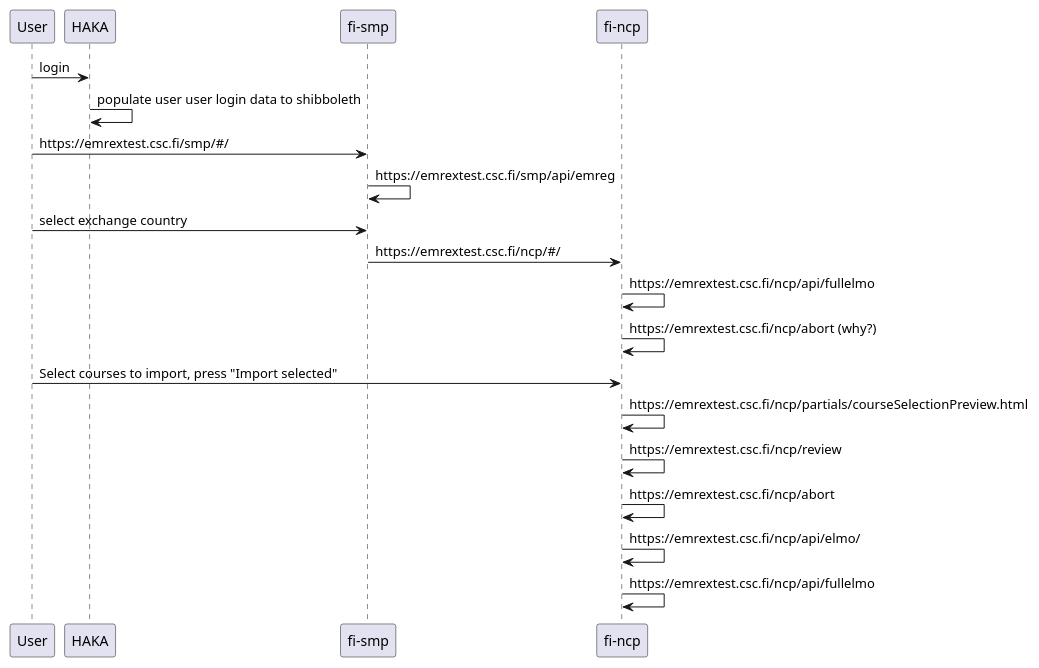
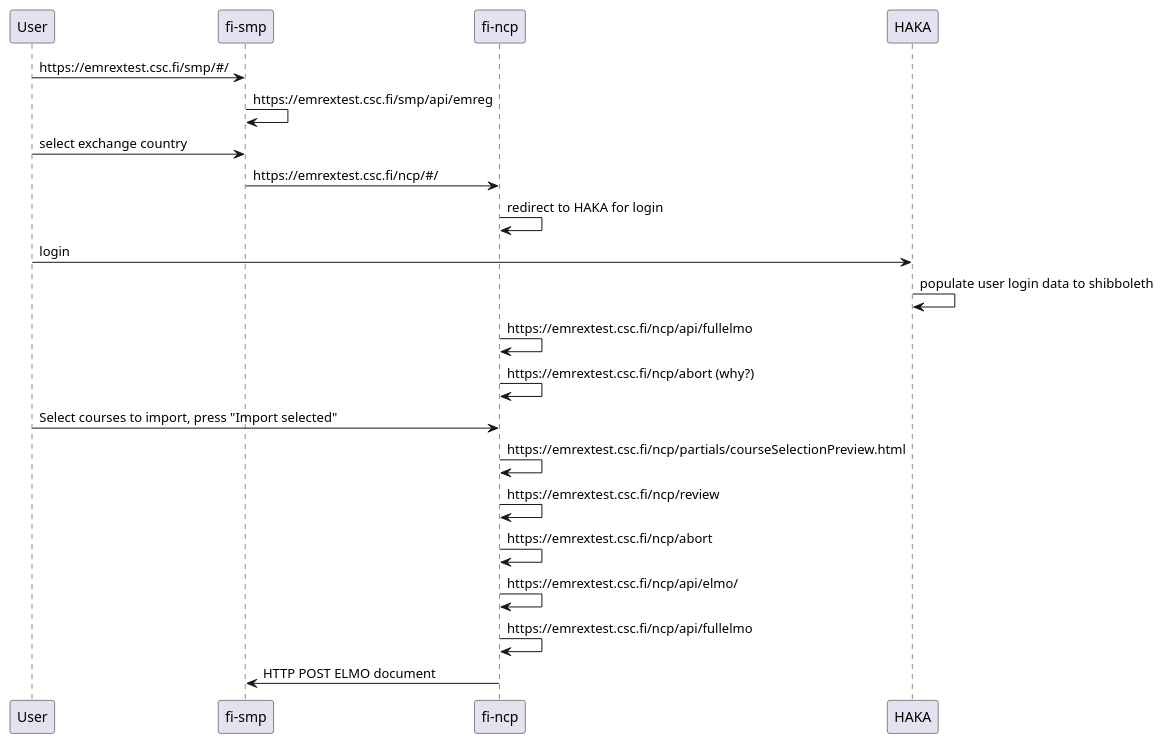
One commit to EMREXEU/fi-ncp changed the diagram in sequence_ncp_endpoint_urls.puml. Above: the diagram before and after it, drawn with PlantUML. The commit also changed 2 other files, not shown here.

Commit message:
Add shibboleth user data in session.

```diff
--- a/sequence_ncp_endpoint_urls.puml
+++ b/sequence_ncp_endpoint_urls.puml
@@ -1,16 +1,19 @@
 @startuml
-"User"      -> "HAKA"     : login
-"HAKA"      -> "HAKA"     : populate user user login data to shibboleth
 "User"      -> "fi-smp"   : https://emrextest.csc.fi/smp/#/
 "fi-smp"    -> "fi-smp"   : https://emrextest.csc.fi/smp/api/emreg
 "User"      -> "fi-smp"   : select exchange country
 "fi-smp"    -> "fi-ncp"   : https://emrextest.csc.fi/ncp/#/
+"fi-ncp"    -> "fi-ncp"   : redirect to HAKA for login
+"User"      -> "HAKA"     : login
+"HAKA"      -> "HAKA"     : populate user login data to shibboleth
 "fi-ncp"    -> "fi-ncp"   : https://emrextest.csc.fi/ncp/api/fullelmo
 "fi-ncp"    -> "fi-ncp"   : https://emrextest.csc.fi/ncp/abort (why?)
 "User"      -> "fi-ncp"   : Select courses to import, press "Import selected"
 "fi-ncp"    -> "fi-ncp"   : https://emrextest.csc.fi/ncp/partials/courseSelectionPreview.html
 "fi-ncp"    -> "fi-ncp"   : https://emrextest.csc.fi/ncp/review
 "fi-ncp"    -> "fi-ncp"   : https://emrextest.csc.fi/ncp/abort
 "fi-ncp"    -> "fi-ncp"   : https://emrextest.csc.fi/ncp/api/elmo/
 "fi-ncp"    -> "fi-ncp"   : https://emrextest.csc.fi/ncp/api/fullelmo
+
+"fi-ncp"    -> "fi-smp"   : HTTP POST ELMO document
 @enduml
```
